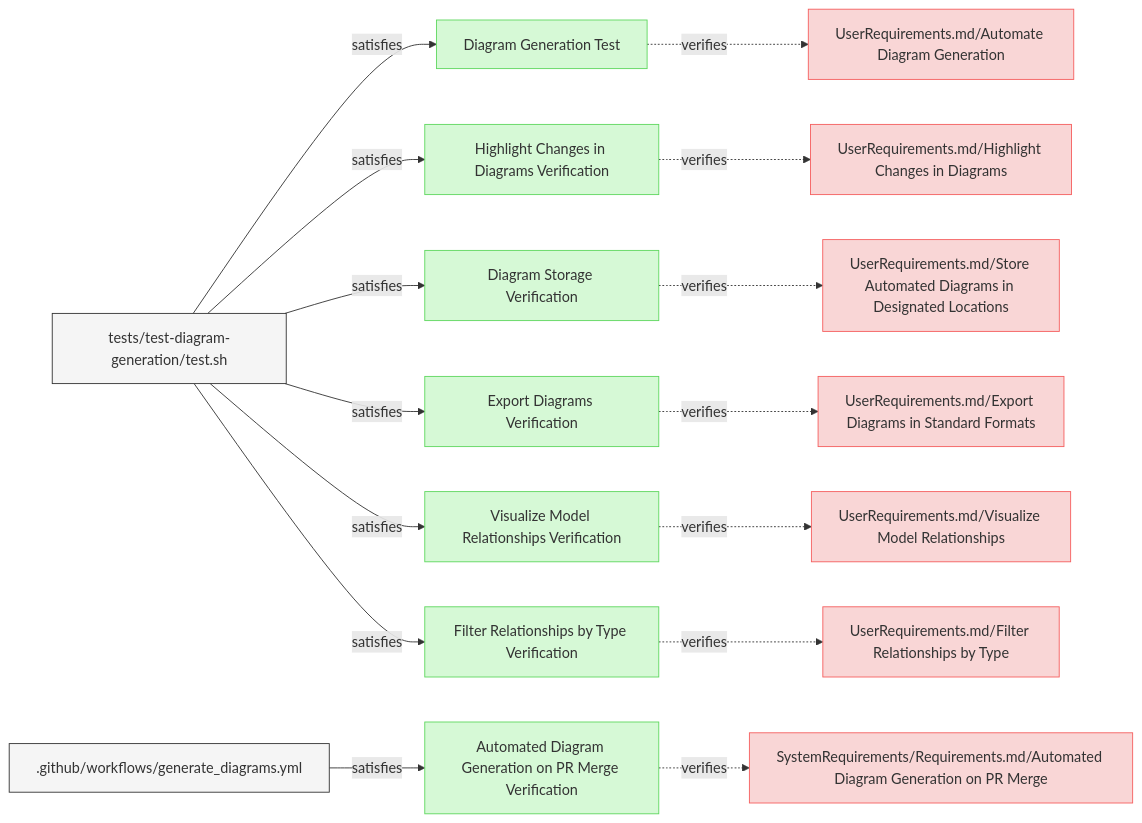
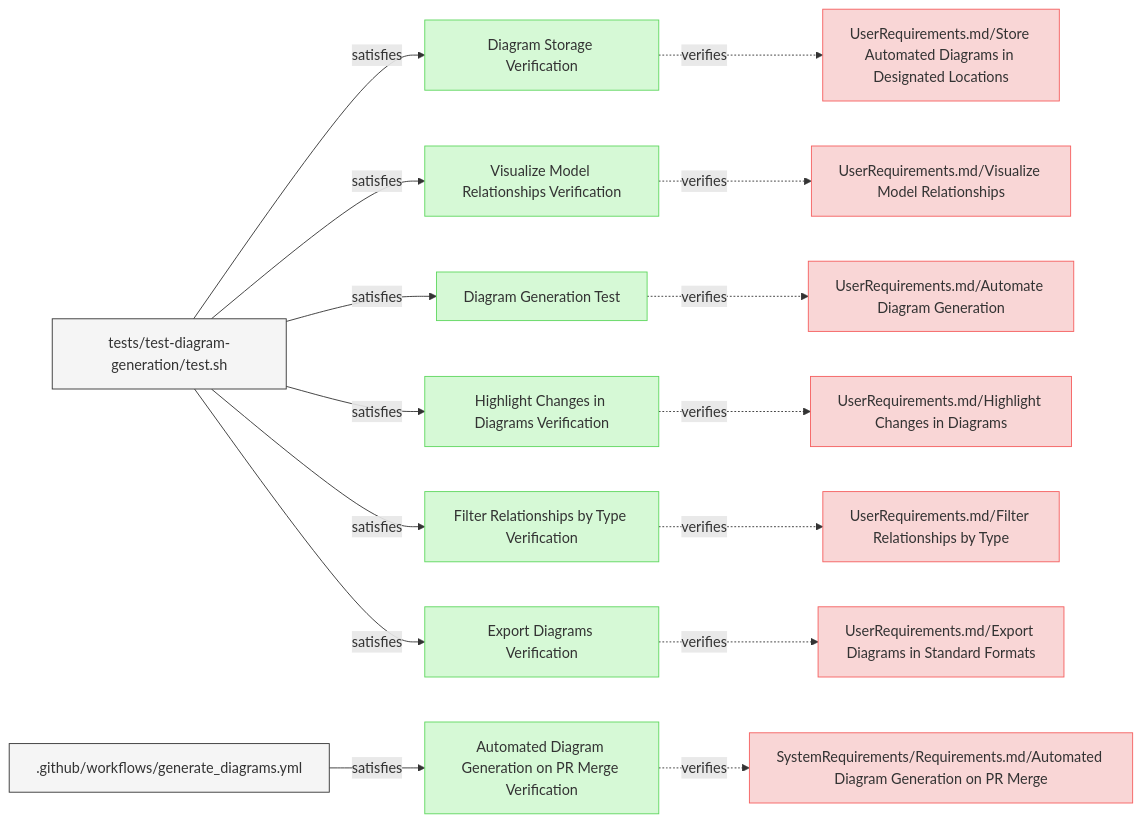
The diagram in specifications/Verifications/DiagramsTests.md (reqvire-org/reqvire), drawn with Mermaid before and after one commit. The commit also changed 20 other files, not shown here.

````diff
--- a/specifications/Verifications/DiagramsTests.md
+++ b/specifications/Verifications/DiagramsTests.md
@@ -6,71 +6,71 @@
 ```mermaid
 graph LR;
   %% Graph styling
   classDef requirement fill:#f9d6d6,stroke:#f55f5f,stroke-width:1px;
   classDef verification fill:#d6f9d6,stroke:#5fd75f,stroke-width:1px;
   classDef externalLink fill:#d0e0ff,stroke:#3080ff,stroke-width:1px;
   classDef default fill:#f5f5f5,stroke:#333333,stroke-width:1px;
 
+  35f25ed1c49ab87a["Diagram Storage Verification"];
+  click 35f25ed1c49ab87a "https://github.com/Reqvire/reqvire/blob/667635d4628fed400323f7df3689af2dbc2ad666/specifications/Verifications/DiagramsTests.md#diagram-storage-verification";
+  class 35f25ed1c49ab87a verification;
+  89097c1311055b72["UserRequirements.md/Store Automated Diagrams in Designated Locations"];
+  class 89097c1311055b72 requirement;
+  click 89097c1311055b72 "https://github.com/Reqvire/reqvire/blob/667635d4628fed400323f7df3689af2dbc2ad666/specifications/UserRequirements.md#store-automated-diagrams-in-designated-locations";
+  35f25ed1c49ab87a -.->|verifies| 89097c1311055b72;
+  b73eaac7c0353fcb["tests/test-diagram-generation/test.sh"];
+  class b73eaac7c0353fcb default;
+  click b73eaac7c0353fcb "https://github.com/Reqvire/reqvire/blob/667635d4628fed400323f7df3689af2dbc2ad666/tests/test-diagram-generation/test.sh";
+  b73eaac7c0353fcb -->|satisfies| 35f25ed1c49ab87a;
+  2c4c9bdcf9ede0fd["Visualize Model Relationships Verification"];
+  click 2c4c9bdcf9ede0fd "https://github.com/Reqvire/reqvire/blob/667635d4628fed400323f7df3689af2dbc2ad666/specifications/Verifications/DiagramsTests.md#visualize-model-relationships-verification";
+  class 2c4c9bdcf9ede0fd verification;
+  eed0b020b6ddeae1["UserRequirements.md/Visualize Model Relationships"];
+  class eed0b020b6ddeae1 requirement;
+  click eed0b020b6ddeae1 "https://github.com/Reqvire/reqvire/blob/667635d4628fed400323f7df3689af2dbc2ad666/specifications/UserRequirements.md#visualize-model-relationships";
+  2c4c9bdcf9ede0fd -.->|verifies| eed0b020b6ddeae1;
+  b73eaac7c0353fcb -->|satisfies| 2c4c9bdcf9ede0fd;
   e4a47f6f403fd4ff["Diagram Generation Test"];
-  click e4a47f6f403fd4ff "https://github.com/Reqvire/reqvire/blob/30536324899084e88969175e3613c971ffa6e108/specifications/Verifications/DiagramsTests.md#diagram-generation-test";
+  click e4a47f6f403fd4ff "https://github.com/Reqvire/reqvire/blob/667635d4628fed400323f7df3689af2dbc2ad666/specifications/Verifications/DiagramsTests.md#diagram-generation-test";
   class e4a47f6f403fd4ff verification;
   c522cf4c404bdc24["UserRequirements.md/Automate Diagram Generation"];
   class c522cf4c404bdc24 requirement;
-  click c522cf4c404bdc24 "https://github.com/Reqvire/reqvire/blob/30536324899084e88969175e3613c971ffa6e108/specifications/UserRequirements.md#automate-diagram-generation";
+  click c522cf4c404bdc24 "https://github.com/Reqvire/reqvire/blob/667635d4628fed400323f7df3689af2dbc2ad666/specifications/UserRequirements.md#automate-diagram-generation";
   e4a47f6f403fd4ff -.->|verifies| c522cf4c404bdc24;
-  b73eaac7c0353fcb["tests/test-diagram-generation/test.sh"];
-  class b73eaac7c0353fcb default;
-  click b73eaac7c0353fcb "https://github.com/Reqvire/reqvire/blob/30536324899084e88969175e3613c971ffa6e108/tests/test-diagram-generation/test.sh";
   b73eaac7c0353fcb -->|satisfies| e4a47f6f403fd4ff;
   494a61d80d3cb287["Highlight Changes in Diagrams Verification"];
-  click 494a61d80d3cb287 "https://github.com/Reqvire/reqvire/blob/30536324899084e88969175e3613c971ffa6e108/specifications/Verifications/DiagramsTests.md#highlight-changes-in-diagrams-verification";
+  click 494a61d80d3cb287 "https://github.com/Reqvire/reqvire/blob/667635d4628fed400323f7df3689af2dbc2ad666/specifications/Verifications/DiagramsTests.md#highlight-changes-in-diagrams-verification";
   class 494a61d80d3cb287 verification;
   ac914f743d73674e["UserRequirements.md/Highlight Changes in Diagrams"];
   class ac914f743d73674e requirement;
-  click ac914f743d73674e "https://github.com/Reqvire/reqvire/blob/30536324899084e88969175e3613c971ffa6e108/specifications/UserRequirements.md#highlight-changes-in-diagrams";
+  click ac914f743d73674e "https://github.com/Reqvire/reqvire/blob/667635d4628fed400323f7df3689af2dbc2ad666/specifications/UserRequirements.md#highlight-changes-in-diagrams";
   494a61d80d3cb287 -.->|verifies| ac914f743d73674e;
   b73eaac7c0353fcb -->|satisfies| 494a61d80d3cb287;
+  7fd405bfa560fe5c["Filter Relationships by Type Verification"];
+  click 7fd405bfa560fe5c "https://github.com/Reqvire/reqvire/blob/667635d4628fed400323f7df3689af2dbc2ad666/specifications/Verifications/DiagramsTests.md#filter-relationships-by-type-verification";
+  class 7fd405bfa560fe5c verification;
+  66e9d8186acafd13["UserRequirements.md/Filter Relationships by Type"];
+  class 66e9d8186acafd13 requirement;
+  click 66e9d8186acafd13 "https://github.com/Reqvire/reqvire/blob/667635d4628fed400323f7df3689af2dbc2ad666/specifications/UserRequirements.md#filter-relationships-by-type";
+  7fd405bfa560fe5c -.->|verifies| 66e9d8186acafd13;
+  b73eaac7c0353fcb -->|satisfies| 7fd405bfa560fe5c;
   44dc4128c7ea74d2["Automated Diagram Generation on PR Merge Verification"];
-  click 44dc4128c7ea74d2 "https://github.com/Reqvire/reqvire/blob/30536324899084e88969175e3613c971ffa6e108/specifications/Verifications/DiagramsTests.md#automated-diagram-generation-on-pr-merge-verification";
+  click 44dc4128c7ea74d2 "https://github.com/Reqvire/reqvire/blob/667635d4628fed400323f7df3689af2dbc2ad666/specifications/Verifications/DiagramsTests.md#automated-diagram-generation-on-pr-merge-verification";
   class 44dc4128c7ea74d2 verification;
   793154acc336992c["SystemRequirements/Requirements.md/Automated Diagram Generation on PR Merge"];
   class 793154acc336992c requirement;
-  click 793154acc336992c "https://github.com/Reqvire/reqvire/blob/30536324899084e88969175e3613c971ffa6e108/specifications/SystemRequirements/Requirements.md#automated-diagram-generation-on-pr-merge";
+  click 793154acc336992c "https://github.com/Reqvire/reqvire/blob/667635d4628fed400323f7df3689af2dbc2ad666/specifications/SystemRequirements/Requirements.md#automated-diagram-generation-on-pr-merge";
   44dc4128c7ea74d2 -.->|verifies| 793154acc336992c;
   fdd29f919065644d[".github/workflows/generate_diagrams.yml"];
   class fdd29f919065644d default;
-  click fdd29f919065644d "https://github.com/Reqvire/reqvire/blob/30536324899084e88969175e3613c971ffa6e108/.github/workflows/generate_diagrams.yml";
+  click fdd29f919065644d "https://github.com/Reqvire/reqvire/blob/667635d4628fed400323f7df3689af2dbc2ad666/.github/workflows/generate_diagrams.yml";
   fdd29f919065644d -->|satisfies| 44dc4128c7ea74d2;
-  35f25ed1c49ab87a["Diagram Storage Verification"];
-  click 35f25ed1c49ab87a "https://github.com/Reqvire/reqvire/blob/30536324899084e88969175e3613c971ffa6e108/specifications/Verifications/DiagramsTests.md#diagram-storage-verification";
-  class 35f25ed1c49ab87a verification;
-  89097c1311055b72["UserRequirements.md/Store Automated Diagrams in Designated Locations"];
-  class 89097c1311055b72 requirement;
-  click 89097c1311055b72 "https://github.com/Reqvire/reqvire/blob/30536324899084e88969175e3613c971ffa6e108/specifications/UserRequirements.md#store-automated-diagrams-in-designated-locations";
-  35f25ed1c49ab87a -.->|verifies| 89097c1311055b72;
-  b73eaac7c0353fcb -->|satisfies| 35f25ed1c49ab87a;
   fff74265828e19b3["Export Diagrams Verification"];
-  click fff74265828e19b3 "https://github.com/Reqvire/reqvire/blob/30536324899084e88969175e3613c971ffa6e108/specifications/Verifications/DiagramsTests.md#export-diagrams-verification";
+  click fff74265828e19b3 "https://github.com/Reqvire/reqvire/blob/667635d4628fed400323f7df3689af2dbc2ad666/specifications/Verifications/DiagramsTests.md#export-diagrams-verification";
   class fff74265828e19b3 verification;
   a0274ca0625d8493["UserRequirements.md/Export Diagrams in Standard Formats"];
   class a0274ca0625d8493 requirement;
-  click a0274ca0625d8493 "https://github.com/Reqvire/reqvire/blob/30536324899084e88969175e3613c971ffa6e108/specifications/UserRequirements.md#export-diagrams-in-standard-formats";
+  click a0274ca0625d8493 "https://github.com/Reqvire/reqvire/blob/667635d4628fed400323f7df3689af2dbc2ad666/specifications/UserRequirements.md#export-diagrams-in-standard-formats";
   fff74265828e19b3 -.->|verifies| a0274ca0625d8493;
   b73eaac7c0353fcb -->|satisfies| fff74265828e19b3;
-  2c4c9bdcf9ede0fd["Visualize Model Relationships Verification"];
-  click 2c4c9bdcf9ede0fd "https://github.com/Reqvire/reqvire/blob/30536324899084e88969175e3613c971ffa6e108/specifications/Verifications/DiagramsTests.md#visualize-model-relationships-verification";
-  class 2c4c9bdcf9ede0fd verification;
-  eed0b020b6ddeae1["UserRequirements.md/Visualize Model Relationships"];
-  class eed0b020b6ddeae1 requirement;
-  click eed0b020b6ddeae1 "https://github.com/Reqvire/reqvire/blob/30536324899084e88969175e3613c971ffa6e108/specifications/UserRequirements.md#visualize-model-relationships";
-  2c4c9bdcf9ede0fd -.->|verifies| eed0b020b6ddeae1;
-  b73eaac7c0353fcb -->|satisfies| 2c4c9bdcf9ede0fd;
-  7fd405bfa560fe5c["Filter Relationships by Type Verification"];
-  click 7fd405bfa560fe5c "https://github.com/Reqvire/reqvire/blob/30536324899084e88969175e3613c971ffa6e108/specifications/Verifications/DiagramsTests.md#filter-relationships-by-type-verification";
-  class 7fd405bfa560fe5c verification;
-  66e9d8186acafd13["UserRequirements.md/Filter Relationships by Type"];
-  class 66e9d8186acafd13 requirement;
-  click 66e9d8186acafd13 "https://github.com/Reqvire/reqvire/blob/30536324899084e88969175e3613c971ffa6e108/specifications/UserRequirements.md#filter-relationships-by-type";
-  7fd405bfa560fe5c -.->|verifies| 66e9d8186acafd13;
-  b73eaac7c0353fcb -->|satisfies| 7fd405bfa560fe5c;
 ```
````
